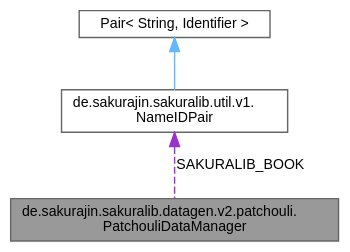
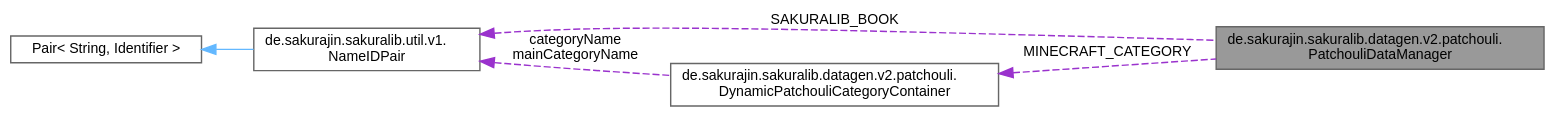
Before and after one commit to noah1510/sakura-lib: the diagram in classde_1_1sakurajin_1_1sakuralib_1_1datagen_1_1v2_1_1patchouli_1_1PatchouliDataManager__coll__graph.dot, drawn with Graphviz. The commit also changed 22 other files, not shown here.

```diff
--- a/classde_1_1sakurajin_1_1sakuralib_1_1datagen_1_1v2_1_1patchouli_1_1PatchouliDataManager__coll__graph.dot
+++ b/classde_1_1sakurajin_1_1sakuralib_1_1datagen_1_1v2_1_1patchouli_1_1PatchouliDataManager__coll__graph.dot
@@ -1,12 +1,16 @@
 digraph "de.sakurajin.sakuralib.datagen.v2.patchouli.PatchouliDataManager"
 {
  // LATEX_PDF_SIZE
   bgcolor="transparent";
   edge [fontname=Helvetica,fontsize=10,labelfontname=Helvetica,labelfontsize=10];
   node [fontname=Helvetica,fontsize=10,shape=box,height=0.2,width=0.4];
+  rankdir="LR";
   Node1 [label="de.sakurajin.sakuralib.datagen.v2.patchouli.\lPatchouliDataManager",height=0.2,width=0.4,color="gray40", fillcolor="grey60", style="filled", fontcolor="black",tooltip="This is the main class to add dynamic patchouli data."];
   Node2 -> Node1 [dir="back",color="darkorchid3",style="dashed",label=" SAKURALIB_BOOK" ];
   Node2 [label="de.sakurajin.sakuralib.util.v1.\lNameIDPair",height=0.2,width=0.4,color="gray40", fillcolor="white", style="filled",URL="$classde_1_1sakurajin_1_1sakuralib_1_1util_1_1v1_1_1NameIDPair.html",tooltip="A pair the holds both the simple name and the identifier of a resource."];
   Node3 -> Node2 [dir="back",color="steelblue1",style="solid"];
   Node3 [label="Pair\< String, Identifier \>",height=0.2,width=0.4,color="gray40", fillcolor="white", style="filled",tooltip=" "];
+  Node4 -> Node1 [dir="back",color="darkorchid3",style="dashed",label=" MINECRAFT_CATEGORY" ];
+  Node4 [label="de.sakurajin.sakuralib.datagen.v2.patchouli.\lDynamicPatchouliCategoryContainer",height=0.2,width=0.4,color="gray40", fillcolor="white", style="filled",URL="$classde_1_1sakurajin_1_1sakuralib_1_1datagen_1_1v2_1_1patchouli_1_1DynamicPatchouliCategoryContainer.html",tooltip="This class contains all data of a dynamic patchouli category."];
+  Node2 -> Node4 [dir="back",color="darkorchid3",style="dashed",label=" categoryName\nmainCategoryName" ];
 }
```
